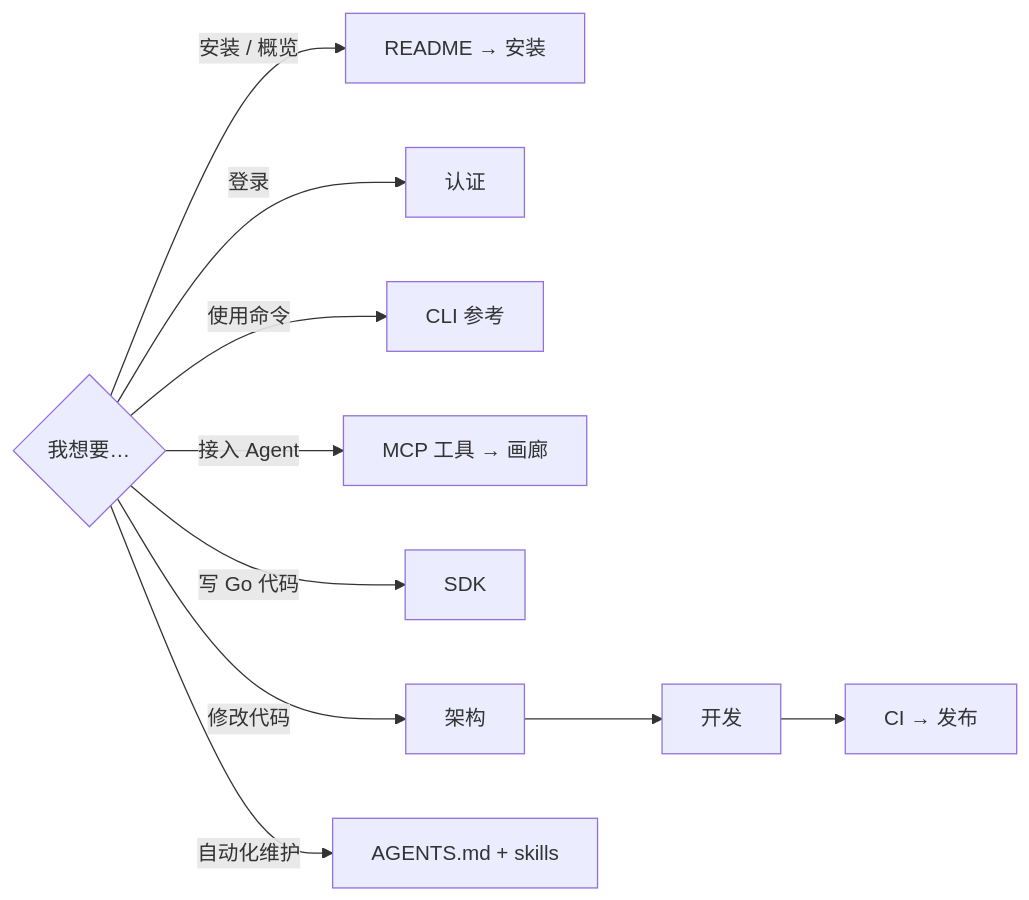
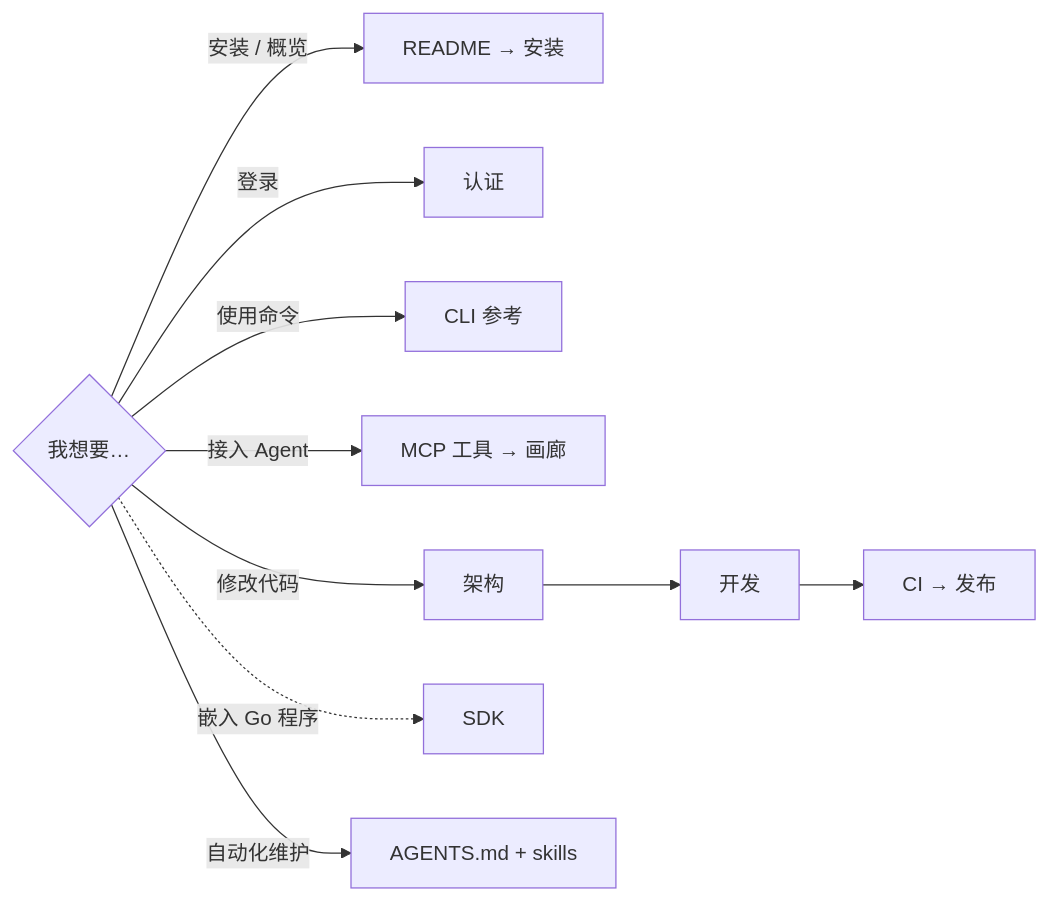
Before and after one commit to FlanChanXwO/pixiv-cli: the diagram in docs/index-zh-CN.md, drawn with Mermaid. The commit also changed other lines of this file and 3 other files, not shown here.

````diff
--- a/docs/index-zh-CN.md
+++ b/docs/index-zh-CN.md
@@ -5,10 +5,10 @@
 ```mermaid
 flowchart LR
     Q{"我想要…"} -->|"安装 / 概览"| R["README → 安装"]
     Q -->|"登录"| AU["认证"]
     Q -->|"使用命令"| C["CLI 参考"]
     Q -->|"接入 Agent"| M["MCP 工具 → 画廊"]
-    Q -->|"写 Go 代码"| S["SDK"]
     Q -->|"修改代码"| A["架构"] --> D["开发"] --> CI["CI → 发布"]
+    Q -.->|"嵌入 Go 程序"| S["SDK"]
     Q -->|"自动化维护"| AG["AGENTS.md + skills"]
 ```
````
